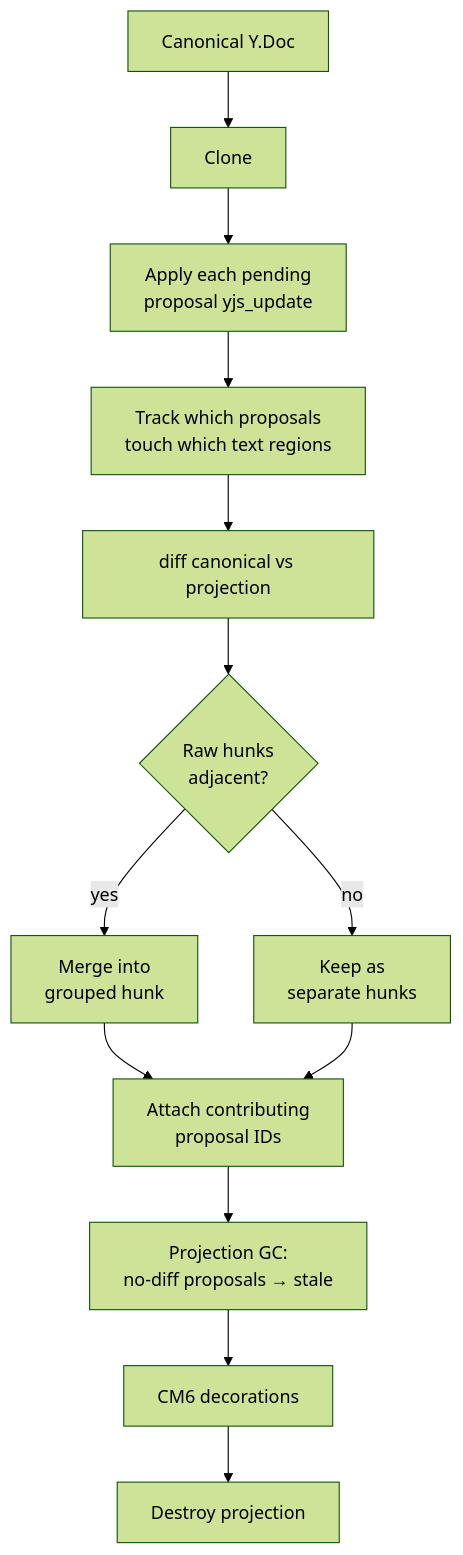
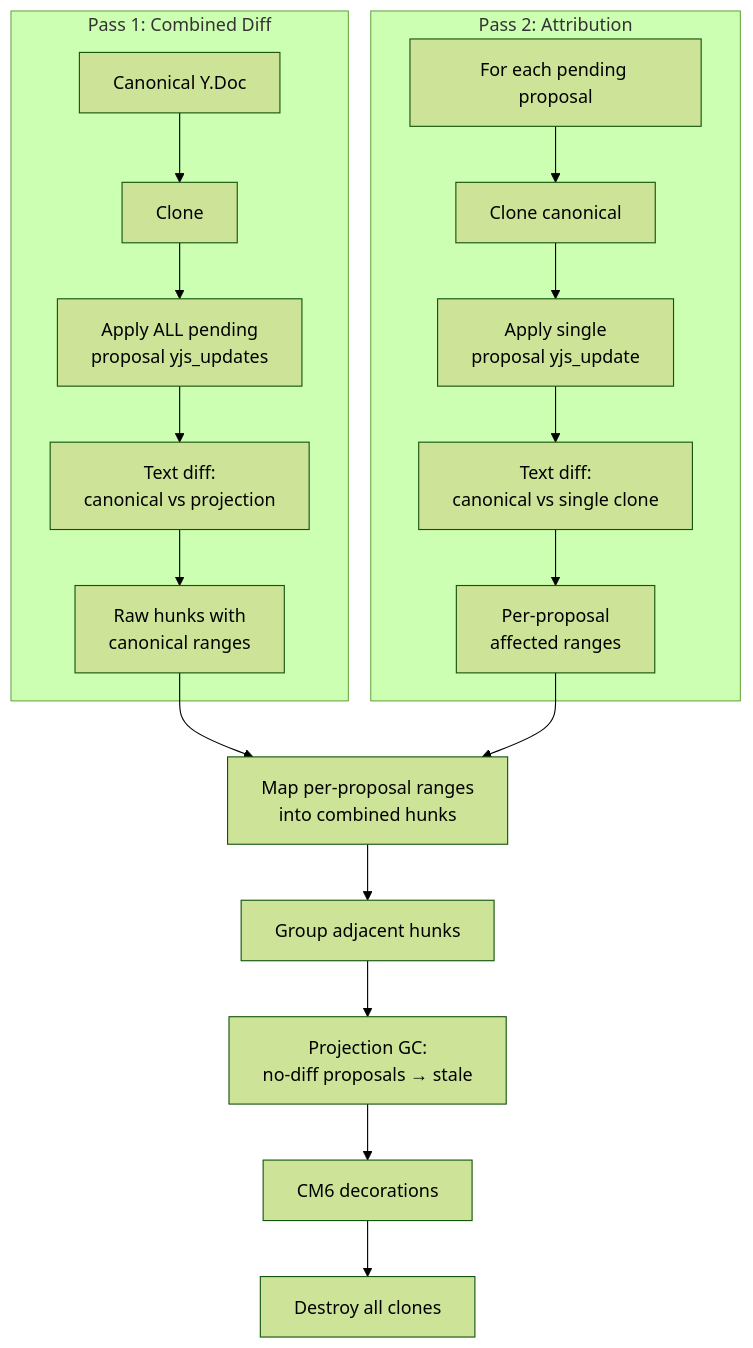
The first of 2 diagrams in _docs/plans/collab-data-model-v2/spec/frontend-diff-model.md (haowjy/meridian-flow), drawn with Mermaid (forest theme) before and after one commit. The commit also changed other lines of this file and 11 other files, not shown here.

````diff
--- a/_docs/plans/collab-data-model-v2/spec/frontend-diff-model.md
+++ b/_docs/plans/collab-data-model-v2/spec/frontend-diff-model.md
@@ -15,15 +17,21 @@
 ```mermaid
 flowchart TB
-    A["Canonical Y.Doc"] --> B["Clone"]
-    B --> C["Apply each pending<br/>proposal yjs_update"]
-    C --> D["Track which proposals<br/>touch which text regions"]
-    D --> E["diff canonical vs projection"]
-    E --> F{"Raw hunks<br/>adjacent?"}
-    F -->|yes| G["Merge into<br/>grouped hunk"]
-    F -->|no| H["Keep as<br/>separate hunks"]
-    G --> I["Attach contributing<br/>proposal IDs"]
-    H --> I
-    I --> J["Projection GC:<br/>no-diff proposals → stale"]
-    J --> K["CM6 decorations"]
-    K --> L["Destroy projection"]
+    subgraph pass1 ["Pass 1: Combined Diff"]
+        A["Canonical Y.Doc"] --> B["Clone"]
+        B --> C["Apply ALL pending<br/>proposal yjs_updates"]
+        C --> D["Text diff:<br/>canonical vs projection"]
+        D --> E["Raw hunks with<br/>canonical ranges"]
+    end
+    subgraph pass2 ["Pass 2: Attribution"]
+        F["For each pending proposal"] --> G["Clone canonical"]
+        G --> H["Apply single<br/>proposal yjs_update"]
+        H --> I["Text diff:<br/>canonical vs single clone"]
+        I --> J["Per-proposal<br/>affected ranges"]
+    end
+    E --> K["Map per-proposal ranges<br/>into combined hunks"]
+    J --> K
+    K --> L["Group adjacent hunks"]
+    L --> M["Projection GC:<br/>no-diff proposals → stale"]
+    M --> N["CM6 decorations"]
+    N --> O["Destroy all clones"]
 ```
````
